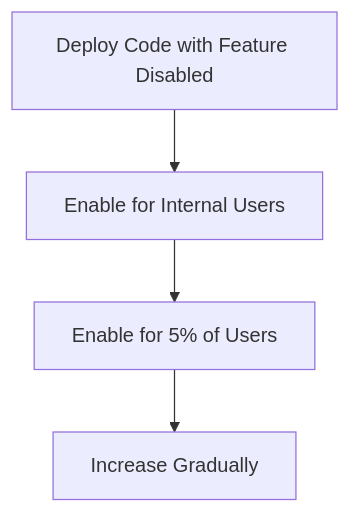
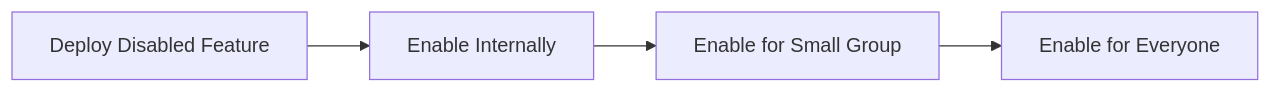
One commit to AvadhBhalodiya/Interview-Preparation changed the seventh of 10 diagrams in src/content/devops/cicd-pipelines.md. Above: the diagram before and after it, drawn with Mermaid. The commit also changed other lines of this file and 54 other files, not shown here.

````diff
--- a/src/content/devops/cicd-pipelines.md
+++ b/src/content/devops/cicd-pipelines.md
@@ -487,6 +492,6 @@
 ```mermaid
-flowchart TD
-    A[Deploy Code with Feature Disabled] --> B[Enable for Internal Users]
-    B --> C[Enable for 5% of Users]
-    C --> D[Increase Gradually]
+flowchart LR
+    A[Deploy Disabled Feature] --> B[Enable Internally]
+    B --> C[Enable for Small Group]
+    C --> D[Enable for Everyone]
 ```
````
